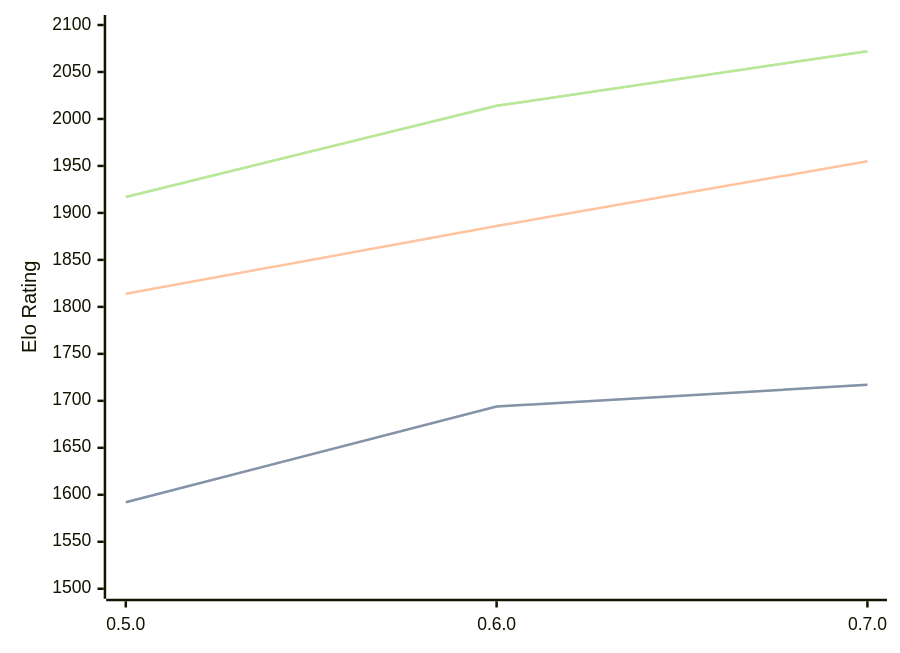
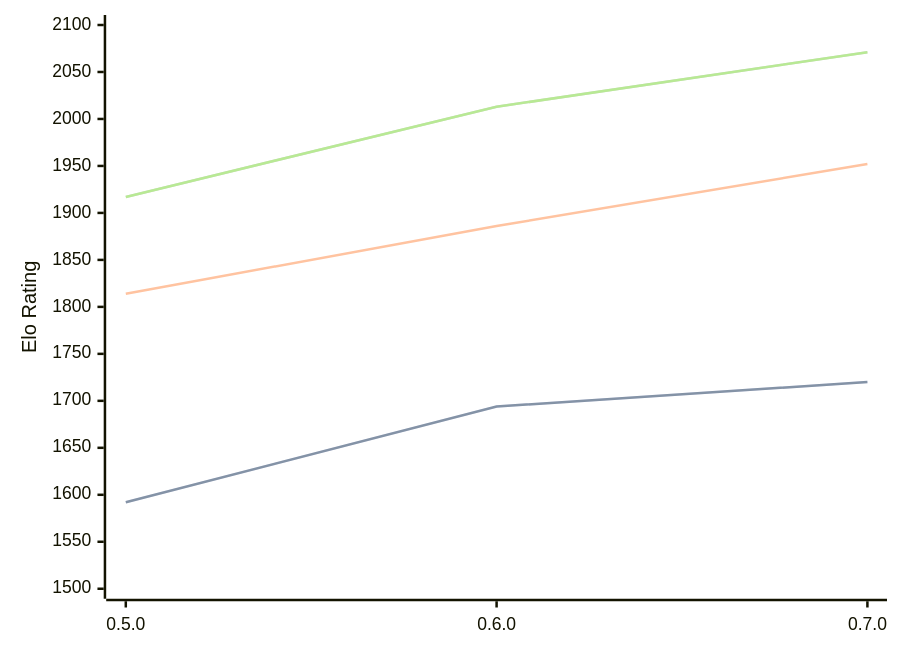
One commit to computer-chess-index/cci changed the diagram in engines/Chess-rs.md. Above: the diagram before and after it, drawn with Mermaid. The commit also changed other lines of this file, not shown here.

Commit message:
Update CCI Ratings (ELO VLTC) - 2026-04-24

````diff
--- a/engines/Chess-rs.md
+++ b/engines/Chess-rs.md
@@ -41,11 +41,11 @@
 ```mermaid
 %%{init: {"theme":"base","themeVariables":{"seriesColors:['#a3a3a3','#222221','#faa371']}}}%%
 xychart-beta
   x-axis ["0.5.0", "0.6.0", "0.7.0"]
   y-axis "Elo Rating" 1500 --> 2100
-  line "STC (8.0+0.08s)" [1592, 1694, 1717]
-  line "STC (8.0+0.08s)" [1592, 1694, 1717]
-  line "LTC (60.0+0.60s)" [1814, 1886, 1955]
-  line "VLTC (2m24s+1.12s)" [1917, 2014, 2072]
-  line "VLTC (2m24s+1.12s)" [1917, 2014, 2072]
+  line "STC (8.0+0.08s)" [1592, 1694, 1720]
+  line "STC (8.0+0.08s)" [1592, 1694, 1720]
+  line "LTC (60.0+0.60s)" [1814, 1886, 1952]
+  line "VLTC (2m24s+1.12s)" [1917, 2013, 2071]
+  line "VLTC (2m24s+1.12s)" [1917, 2013, 2071]
 ```
````
